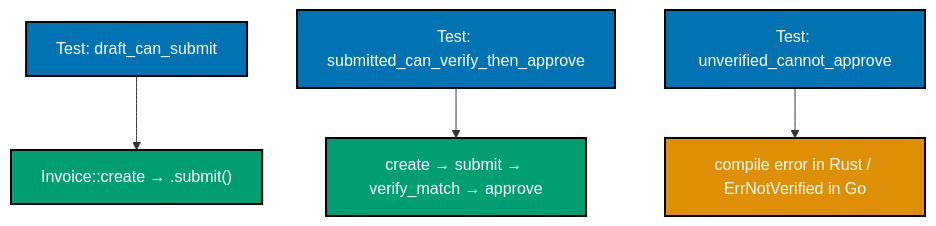
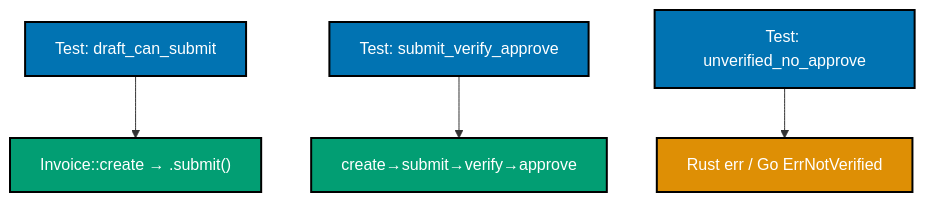
One commit to wahidyankf/baseerah changed diagram 24 of 25 in apps/ayokoding-www/content/en/learn/software-engineering/software-architecture/finite-state-machine-fsm/in-procedural-by-example/intermediate.md. Above: the diagram before and after it, drawn with Mermaid. The commit also changed other lines of this file and 88 other files, not shown here.

First line of the commit message:
fix(ayokoding-www): resolve pre-existing Mermaid violations, exclude fixtures/plans-done

````diff
--- a/apps/ayokoding-www/content/en/learn/software-engineering/software-architecture/finite-state-machine-fsm/in-procedural-by-example/intermediate.md
+++ b/apps/ayokoding-www/content/en/learn/software-engineering/software-architecture/finite-state-machine-fsm/in-procedural-by-example/intermediate.md
@@ -2189,10 +2189,10 @@
 ```mermaid
 graph TD
     A["Test: draft_can_submit"]:::blue --> B["Invoice::create → .submit()"]:::teal
-    C["Test: submitted_can_verify_then_approve"]:::blue --> D["create → submit → verify_match → approve"]:::teal
-    E["Test: unverified_cannot_approve"]:::blue --> F["compile error in Rust / ErrNotVerified in Go"]:::orange
+    C["Test: submit_verify_approve"]:::blue --> D["create→submit→verify→approve"]:::teal
+    E["Test: unverified_no_approve"]:::blue --> F["Rust err / Go ErrNotVerified"]:::orange
 
     classDef blue fill:#0173B2,stroke:#000000,color:#FFFFFF,stroke-width:2px
     classDef teal fill:#029E73,stroke:#000000,color:#FFFFFF,stroke-width:2px
     classDef orange fill:#DE8F05,stroke:#000000,color:#FFFFFF,stroke-width:2px
 ```
````
